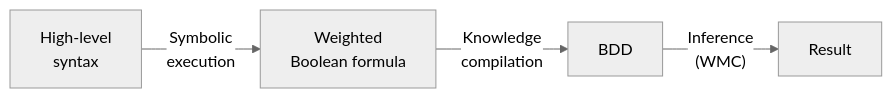
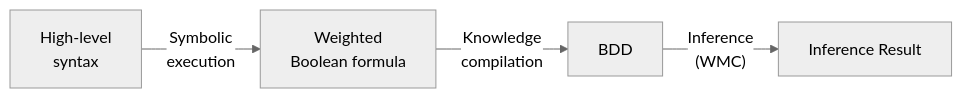
One commit to danylk/CryptPP changed the diagram in README.md. Above: the diagram before and after it, drawn with Mermaid (neutral theme).

Commit message:
Update README.md to add project details

````diff
--- a/README.md
+++ b/README.md
@@ -11,11 +11,11 @@
 ```mermaid
 flowchart LR
     hl["High-level<br/>syntax"]
     wbf["Weighted<br/>Boolean formula"]
     bdd["BDD"]
-    res["Result"]
+    res["Inference Result"]
 
     hl -->|"Symbolic<br/>execution"| wbf
     wbf -->|"Knowledge<br/>compilation"| bdd
     bdd -->|"Inference<br/>(WMC)"| res
 ```
````
